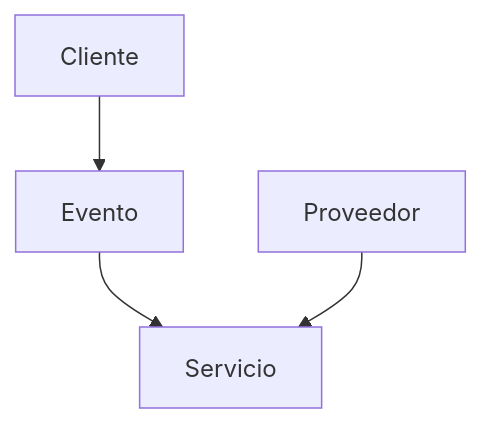
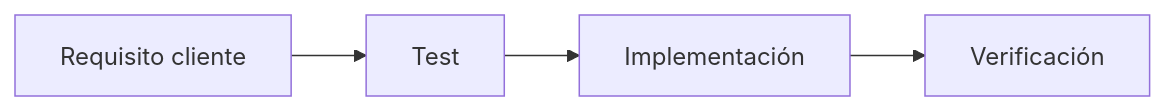
One commit to balderasalberto/eventos-sociales changed the second of 9 diagrams in docs/07-plan-mvp.md. Above: the diagram before and after it, drawn with Mermaid. The commit also changed other lines of this file, not shown here.

````diff
--- a/docs/07-plan-mvp.md
+++ b/docs/07-plan-mvp.md
@@ -106,6 +119,6 @@
 ```mermaid
-flowchart TD
-    CLIENTE[Cliente] --> EVENTO[Evento]
-    EVENTO --> SERVICIO[Servicio]
-    PROVEEDOR[Proveedor] --> SERVICIO
+flowchart LR
+    SPEC[Requisito cliente] --> TEST[Test]
+    TEST --> IMPL[Implementación]
+    IMPL --> VERIFY[Verificación]
 ```
````
